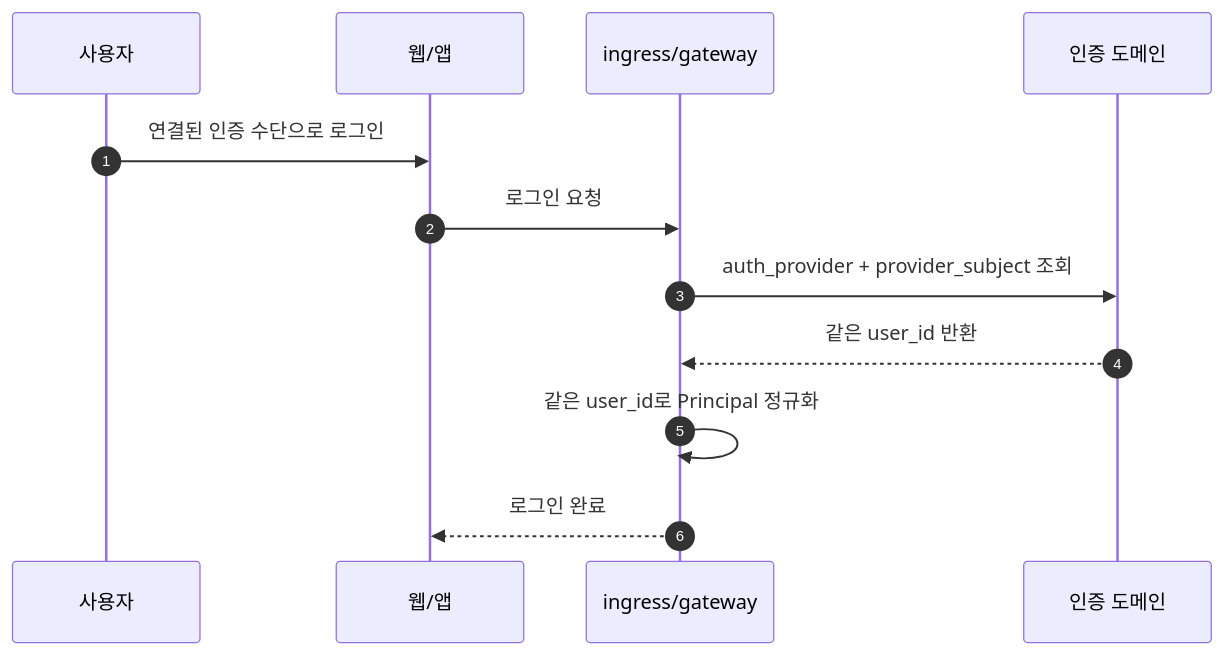
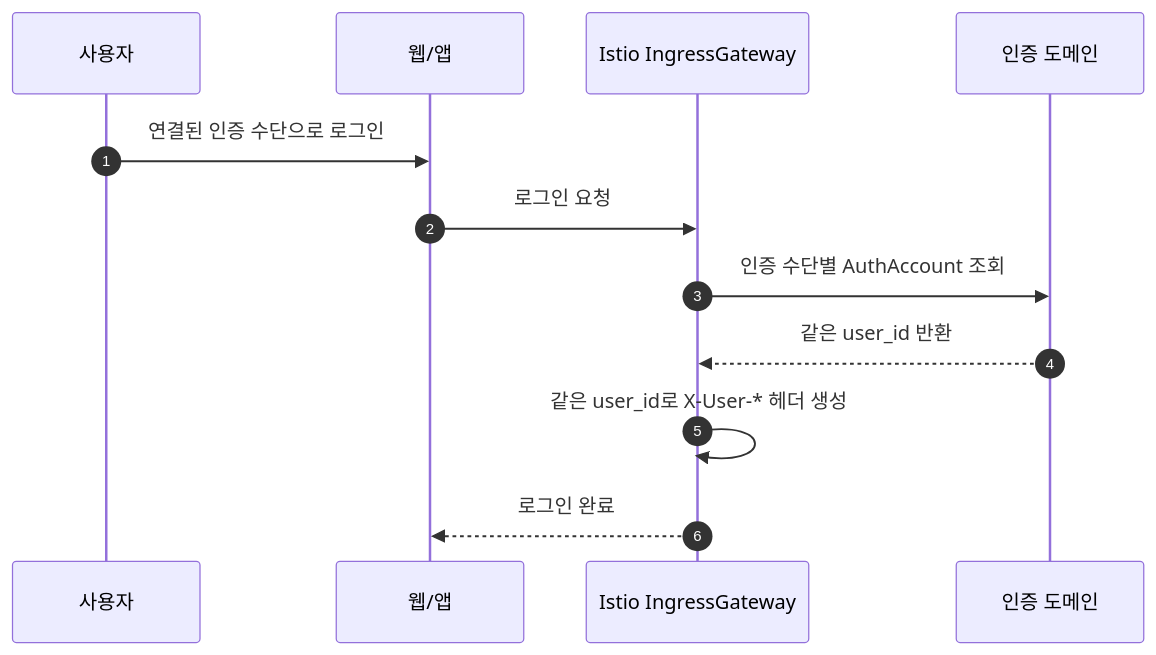
Before and after one commit to Medikong/archive: the seventh of 15 diagrams in features/auth-user/01-scenarios.md, drawn with Mermaid. The commit also changed other lines of this file and 5 other files, not shown here.

Commit message:
docs(auth-user): revise auth user service design

````diff
--- a/features/auth-user/01-scenarios.md
+++ b/features/auth-user/01-scenarios.md
@@ -408,15 +490,15 @@
 ```mermaid
 sequenceDiagram
     autonumber
     participant U as 사용자
     participant FE as 웹/앱
-    participant GW as ingress/gateway
+    participant GW as Istio IngressGateway
     participant AUTH as 인증 도메인
 
     U->>FE: 연결된 인증 수단으로 로그인
     FE->>GW: 로그인 요청
-    GW->>AUTH: auth_provider + provider_subject 조회
+    GW->>AUTH: 인증 수단별 AuthAccount 조회
     AUTH-->>GW: 같은 user_id 반환
-    GW->>GW: 같은 user_id로 Principal 정규화
+    GW->>GW: 같은 user_id로 X-User-* 헤더 생성
     GW-->>FE: 로그인 완료
 ```
````
